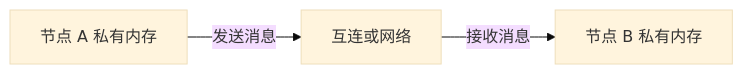
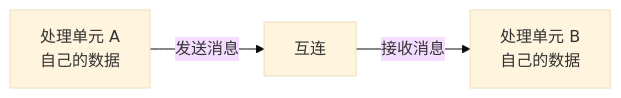
One commit to 74262195/system-architect-notes changed the fifth of 7 diagrams in 01_综合知识/01_计算机系统基础知识/01_计算机组成与体系结构/06_体系结构与并行处理/并行计算-共享内存与消息传递.md. Above: the diagram before and after it, drawn with Mermaid (base theme). The commit also changed other lines of this file, not shown here.

```diff
--- a/01_综合知识/01_计算机系统基础知识/01_计算机组成与体系结构/06_体系结构与并行处理/并行计算-共享内存与消息传递.md
+++ b/01_综合知识/01_计算机系统基础知识/01_计算机组成与体系结构/06_体系结构与并行处理/并行计算-共享内存与消息传递.md
@@ -78,5 +188,5 @@
 ~~~mermaid
 flowchart LR
-    A[节点 A 私有内存] -->|发送消息| B[互连或网络]
-    B -->|接收消息| C[节点 B 私有内存]
+    A[处理单元 A<br/>自己的数据] -->|发送消息| I[互连]
+    I -->|接收消息| B[处理单元 B<br/>自己的数据]
 ~~~
```
